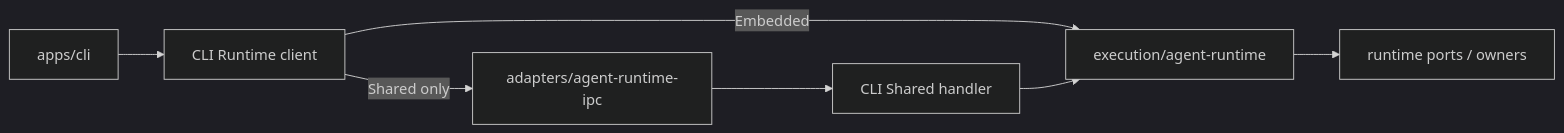
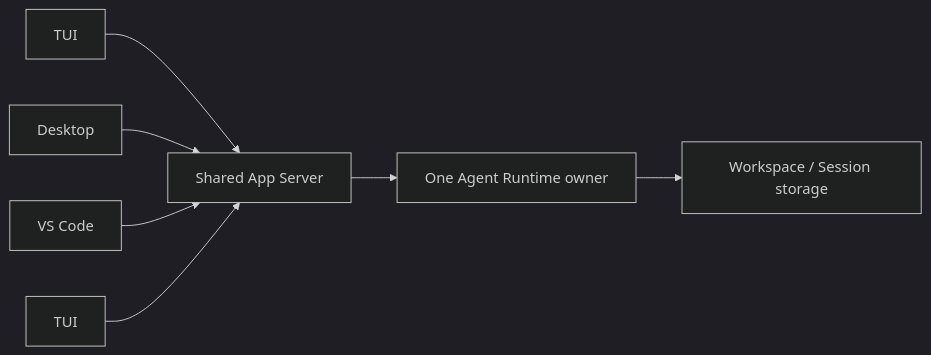
One commit to GCWing/BitFun changed the fifth of 6 diagrams in docs/architecture/agent-runtime-deployment-design.md. Above: the diagram before and after it, drawn with Mermaid (dark theme). The commit also changed other lines of this file and 13 other files, not shown here.

Commit message:
feat(doct): add app server design

````diff
--- a/docs/architecture/agent-runtime-deployment-design.md
+++ b/docs/architecture/agent-runtime-deployment-design.md
@@ -286,9 +165,9 @@
 ```mermaid
 flowchart LR
-  CLI["apps/cli"] --> Client["CLI Runtime client"]
-  Client -->|"Embedded"| Runtime["execution/agent-runtime"]
-  Client -->|"Shared only"| IPC["adapters/agent-runtime-ipc"]
-  IPC --> Handler["CLI Shared handler"]
-  Handler --> Runtime
-  Runtime --> Ports["runtime ports / owners"]
+  TUI1["TUI"] --> App["Shared App Server"]
+  GUI["Desktop"] --> App
+  IDE["VS Code"] --> App
+  TUI2["TUI"] --> App
+  App --> Runtime["One Agent Runtime owner"]
+  Runtime --> Data["Workspace / Session storage"]
 ```
````
